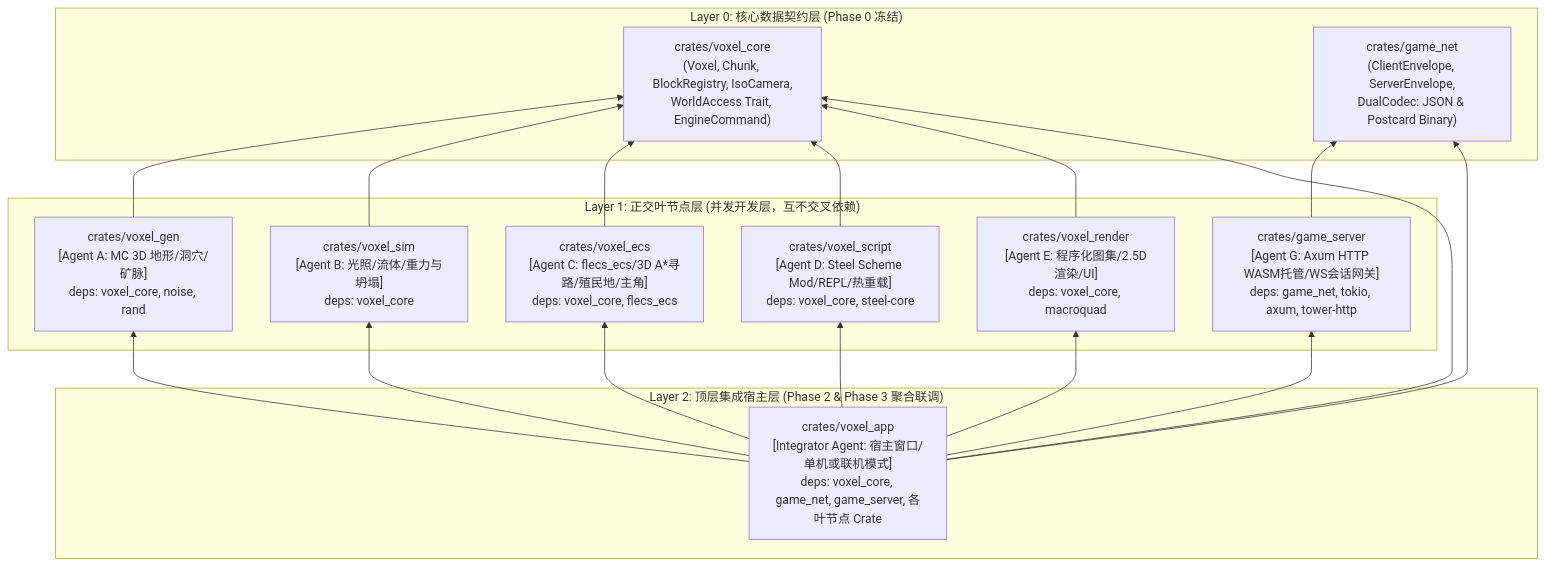
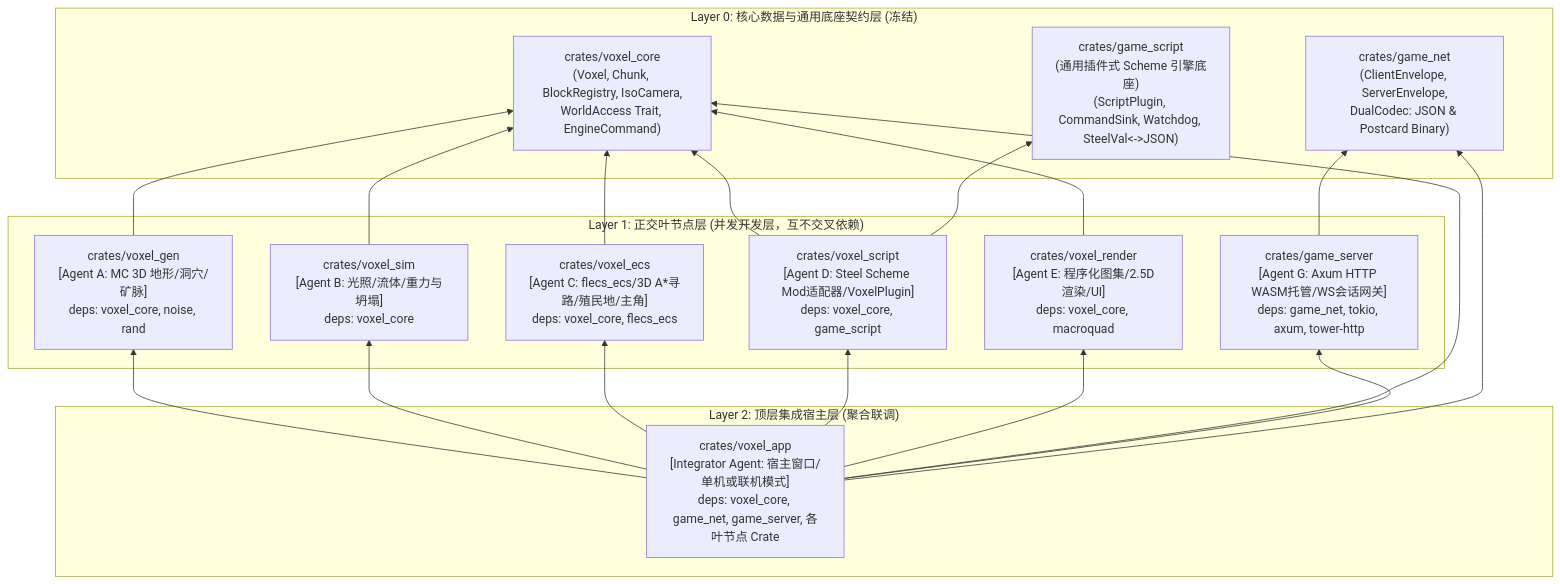
Before and after one commit to ouut/2d_minecraft: the diagram in docs/implementation_plan.md, drawn with Mermaid. The commit also changed other lines of this file and 13 other files, not shown here.

Commit message:
feat(script): add generic game_script crate with two-tier plugin system, watchdog sandbox and cross-game porting guide

````diff
--- a/docs/implementation_plan.md
+++ b/docs/implementation_plan.md
@@ -33,36 +33,38 @@
 ```mermaid
 flowchart BT
-    subgraph Layer0["Layer 0: 核心数据契约层 (Phase 0 冻结)"]
+    subgraph Layer0["Layer 0: 核心数据与通用底座契约层 (冻结)"]
         Core["crates/voxel_core\n(Voxel, Chunk, BlockRegistry, IsoCamera,\nWorldAccess Trait, EngineCommand)"]
         NetContract["crates/game_net\n(ClientEnvelope, ServerEnvelope,\nDualCodec: JSON & Postcard Binary)"]
+        ScriptCore["crates/game_script\n(通用插件式 Scheme 引擎底座)\n(ScriptPlugin, CommandSink, Watchdog, SteelVal<->JSON)"]
     end
 
     subgraph Layer1["Layer 1: 正交叶节点层 (并发开发层，互不交叉依赖)"]
         Gen["crates/voxel_gen\n[Agent A: MC 3D 地形/洞穴/矿脉]\ndeps: voxel_core, noise, rand"]
         Sim["crates/voxel_sim\n[Agent B: 光照/流体/重力与坍塌]\ndeps: voxel_core"]
         ECS["crates/voxel_ecs\n[Agent C: flecs_ecs/3D A*寻路/殖民地/主角]\ndeps: voxel_core, flecs_ecs"]
-        Script["crates/voxel_script\n[Agent D: Steel Scheme Mod/REPL/热重载]\ndeps: voxel_core, steel-core"]
+        Script["crates/voxel_script\n[Agent D: Steel Scheme Mod适配器/VoxelPlugin]\ndeps: voxel_core, game_script"]
         Render["crates/voxel_render\n[Agent E: 程序化图集/2.5D渲染/UI]\ndeps: voxel_core, macroquad"]
         Server["crates/game_server\n[Agent G: Axum HTTP WASM托管/WS会话网关]\ndeps: game_net, tokio, axum, tower-http"]
     end
 
-    subgraph Layer2["Layer 2: 顶层集成宿主层 (Phase 2 & Phase 3 聚合联调)"]
+    subgraph Layer2["Layer 2: 顶层集成宿主层 (聚合联调)"]
         App["crates/voxel_app\n[Integrator Agent: 宿主窗口/单机或联机模式]\ndeps: voxel_core, game_net, game_server, 各叶节点 Crate"]
     end
 
     Gen --> Core
     Sim --> Core
     ECS --> Core
     Script --> Core
+    Script --> ScriptCore
     Render --> Core
     Server --> NetContract
 
     App --> Gen
     App --> Sim
     App --> ECS
     App --> Script
     App --> Render
     App --> Core
     App --> Server
     App --> NetContract
 ```
````
